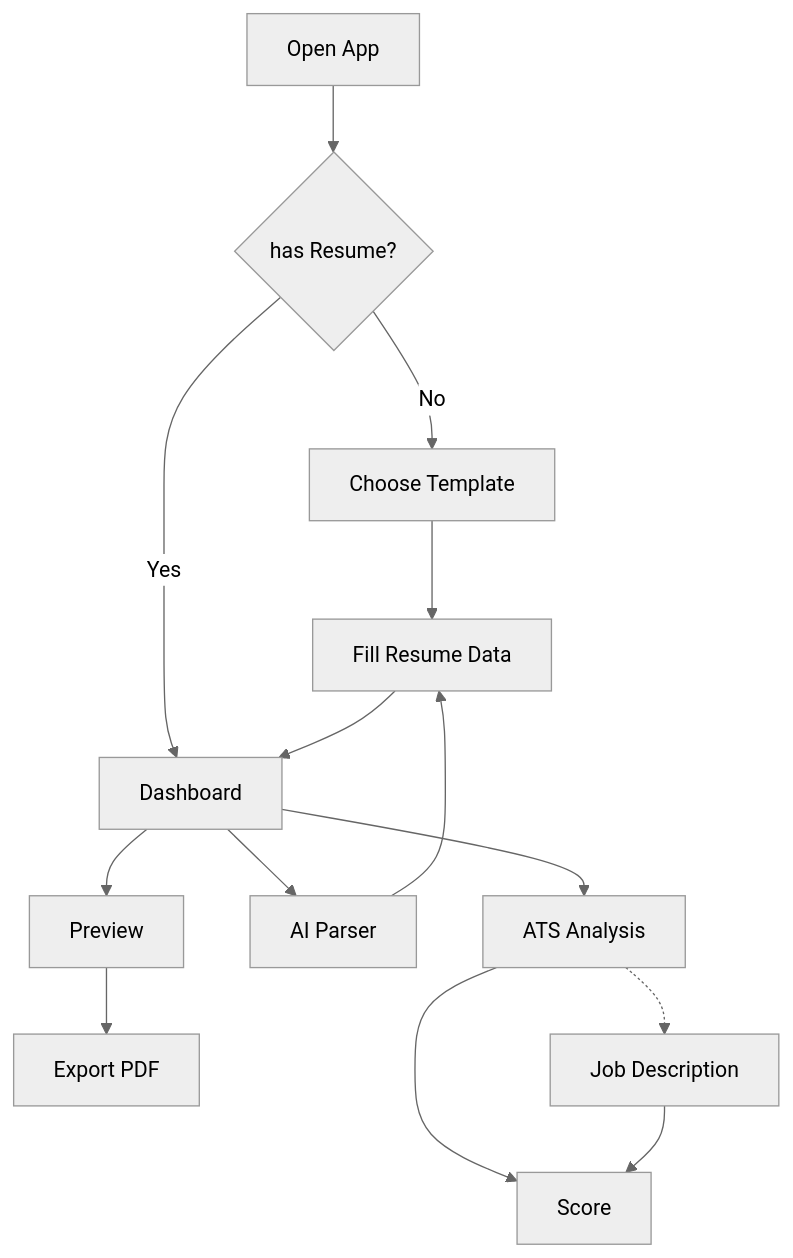
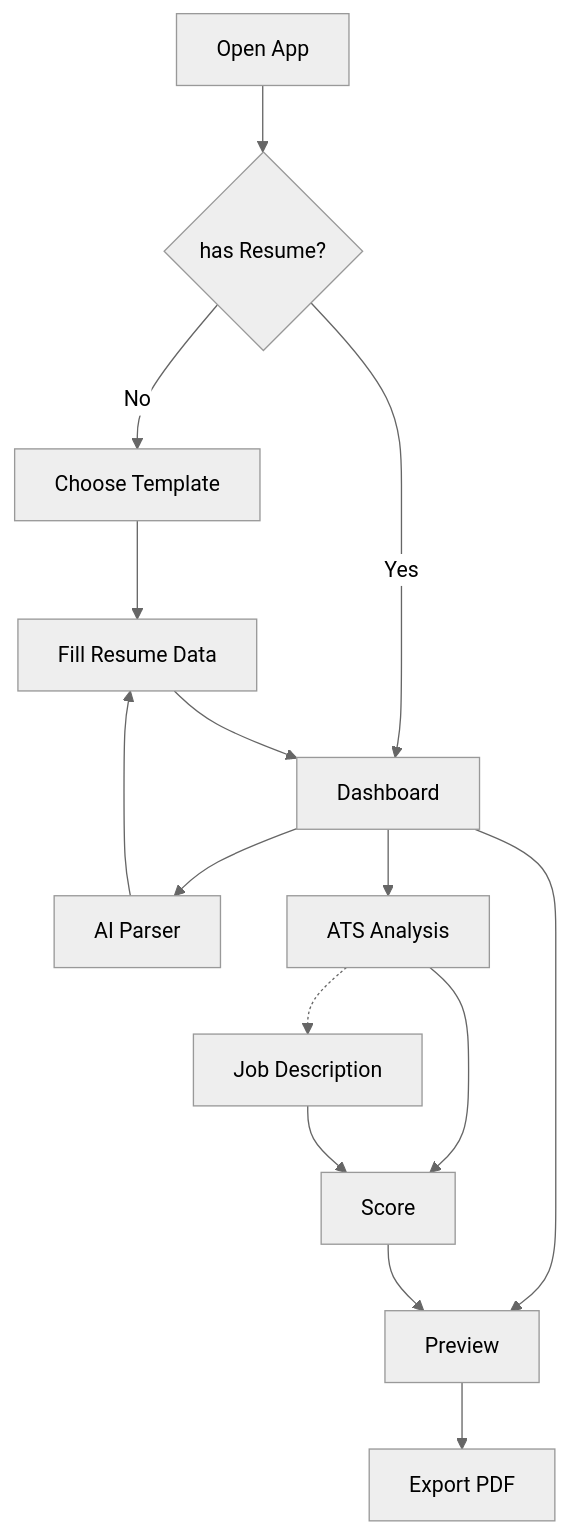
The diagram in README.md (otavio-lemos/ResuMatch), drawn with Mermaid (neutral theme) before and after one commit.

Commit message:
docs: add Score to Preview link in Mermaid diagram

````diff
--- a/README.md
+++ b/README.md
@@ -28,16 +28,17 @@
 ```mermaid
 flowchart TB
     A[Open App] --> B{has Resume?}
     B -->|No| C[Choose Template]
     B -->|Yes| D[Dashboard]
     C --> E[Fill Resume Data]
     E --> D
     D --> F[Preview]
     F --> G[Export PDF]
     D --> H[AI Parser]
     H --> E
     D --> I[ATS Analysis]
     I --> J[Score]
+    J --> F
     I -.-> K[Job Description]
     K --> J
 ```
````
